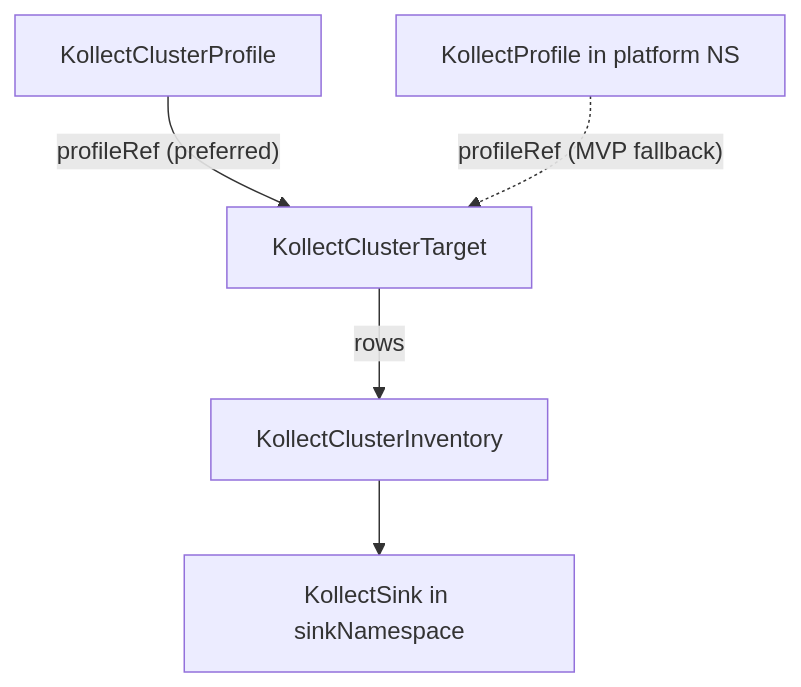
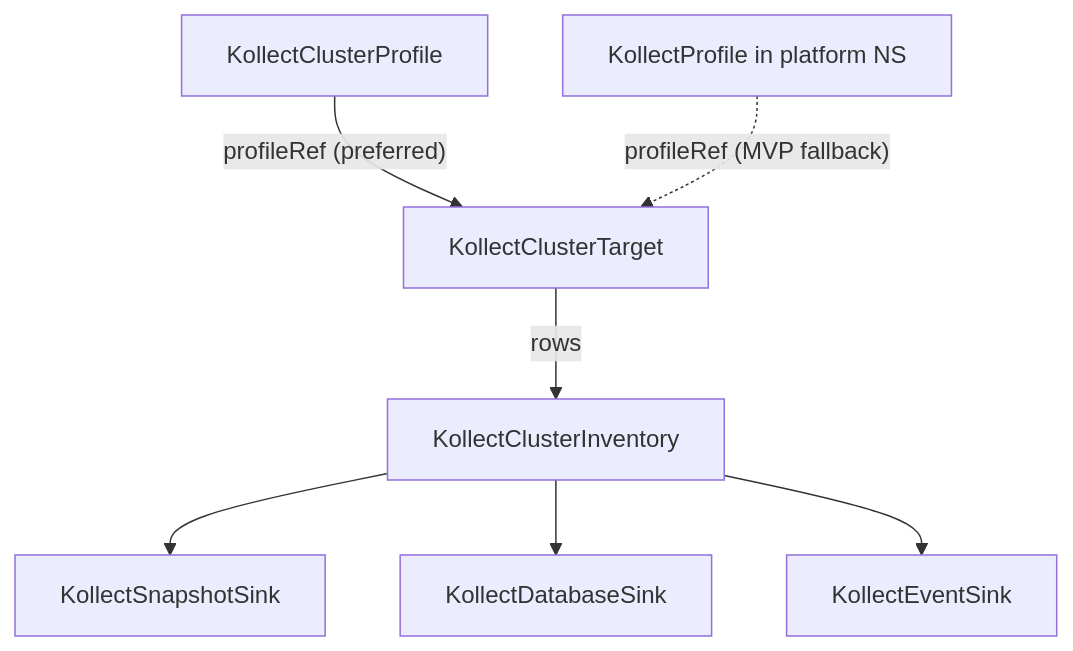
The diagram in docs/crds/kollectclustertarget.md (PlatformRelay/Kollect), drawn with Mermaid before and after one commit. The commit also changed 16 other files, not shown here.

````diff
--- a/docs/crds/kollectclustertarget.md
+++ b/docs/crds/kollectclustertarget.md
@@ -21,13 +21,17 @@
 ```mermaid
 flowchart TD
   CProf[KollectClusterProfile]
   Profile[KollectProfile in platform NS]
   CTarget[KollectClusterTarget]
   CInv[KollectClusterInventory]
-  Sink[KollectSink in sinkNamespace]
+  Snap[KollectSnapshotSink]
+  Db[KollectDatabaseSink]
+  Ev[KollectEventSink]
 
   CProf -->|"profileRef (preferred)"| CTarget
   Profile -.->|"profileRef (MVP fallback)"| CTarget
   CTarget -->|rows| CInv
-  CInv --> Sink
+  CInv --> Snap
+  CInv --> Db
+  CInv --> Ev
 ```
````
